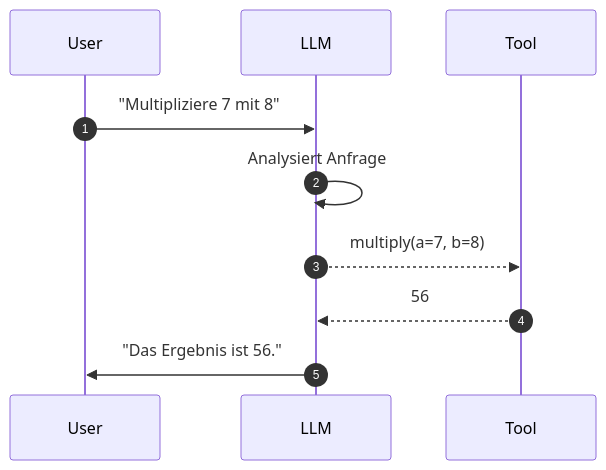
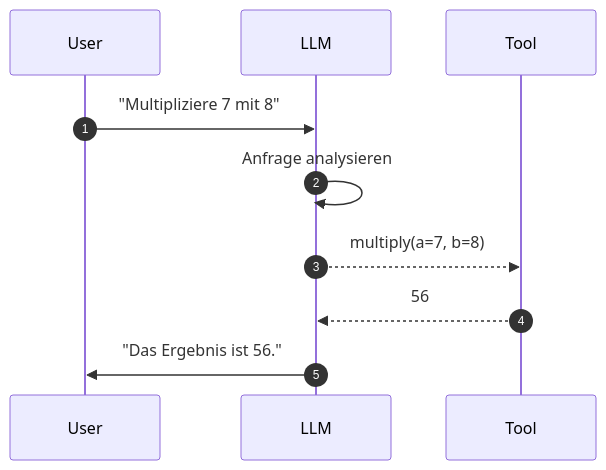
Before and after one commit to ralf-42/Agenten: the first of 2 diagrams in docs/concepts/Tool_Use_Function_Calling.md, drawn with Mermaid. The commit also changed other lines of this file and 15 other files, not shown here.

````diff
--- a/docs/concepts/Tool_Use_Function_Calling.md
+++ b/docs/concepts/Tool_Use_Function_Calling.md
@@ -49,13 +51,13 @@
 ```mermaid
 sequenceDiagram
     autonumber
     participant User
     participant LLM
     participant Tool
-    
+
     User->>LLM: "Multipliziere 7 mit 8"
-    LLM->>LLM: Analysiert Anfrage
+    LLM->>LLM: Anfrage analysieren
     LLM-->>Tool: multiply(a=7, b=8)
     Tool-->>LLM: 56
     LLM->>User: "Das Ergebnis ist 56."
 ```
````
